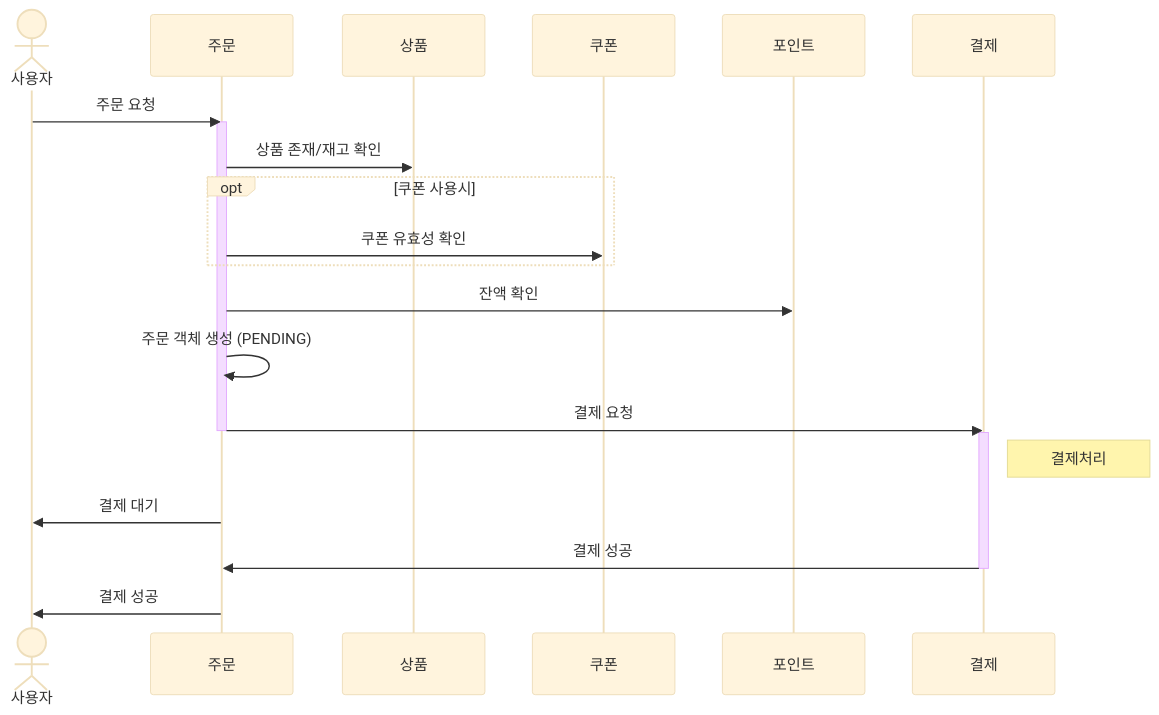
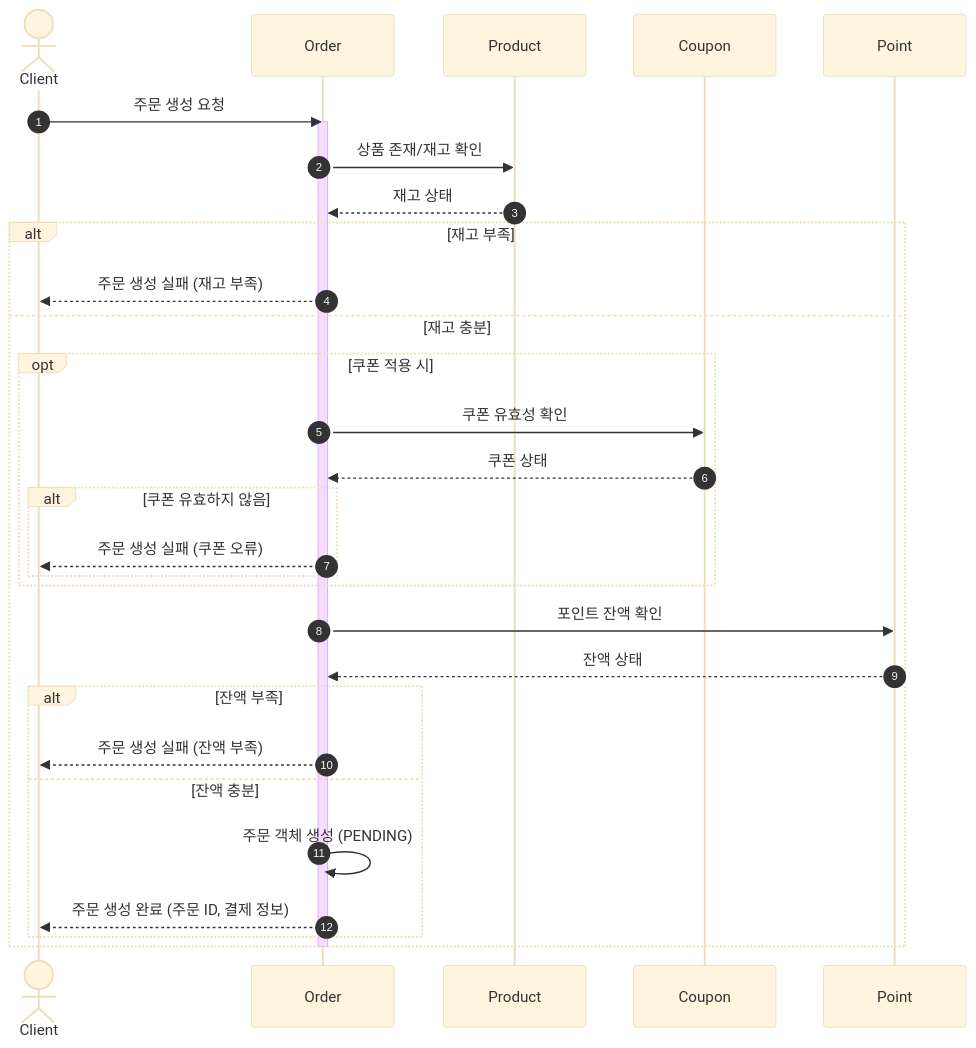
One commit to domuk-k/cream-commerce changed the first of 6 diagrams in docs/designs/주문결제.md. Above: the diagram before and after it, drawn with Mermaid (base theme). The commit also changed other lines of this file and 5 other files, not shown here.

````diff
--- a/docs/designs/주문결제.md
+++ b/docs/designs/주문결제.md
@@ -22,25 +36,38 @@
 ```mermaid
 sequenceDiagram
-    actor 사용자
-    participant 주문
-    participant 상품
-    participant 쿠폰
-    participant 포인트
-    participant 결제
-    사용자 ->> 주문: 주문 요청
-    activate 주문
-    주문 ->> 상품: 상품 존재/재고 확인
-    opt 쿠폰 사용시
-        주문 ->> 쿠폰: 쿠폰 유효성 확인
+    autonumber
+    actor Client
+    participant Order
+    participant Product
+    participant Coupon
+    participant Point
+    Client ->> Order: 주문 생성 요청
+    activate Order
+    Order ->> Product: 상품 존재/재고 확인
+    Product -->> Order: 재고 상태
+
+    alt 재고 부족
+        Order -->> Client: 주문 생성 실패 (재고 부족)
+    else 재고 충분
+        opt 쿠폰 적용 시
+            Order ->> Coupon: 쿠폰 유효성 확인
+            Coupon -->> Order: 쿠폰 상태
+
+            alt 쿠폰 유효하지 않음
+                Order -->> Client: 주문 생성 실패 (쿠폰 오류)
+            end
+        end
+
+        Order ->> Point: 포인트 잔액 확인
+        Point -->> Order: 잔액 상태
+
+        alt 잔액 부족
+            Order -->> Client: 주문 생성 실패 (잔액 부족)
+        else 잔액 충분
+            Order ->> Order: 주문 객체 생성 (PENDING)
+            Order -->> Client: 주문 생성 완료 (주문 ID, 결제 정보)
+        end
     end
-    주문 ->> 포인트: 잔액 확인
-    주문 ->> 주문: 주문 객체 생성 (PENDING)
-    주문 ->> 결제: 결제 요청
-    deactivate 주문
-    activate 결제
-    note right of 결제: 결제처리
-    주문 ->> 사용자: 결제 대기
-    결제 ->> 주문: 결제 성공
-    deactivate 결제
-    주문 ->> 사용자: 결제 성공
+
+    deactivate Order
 ```
````
